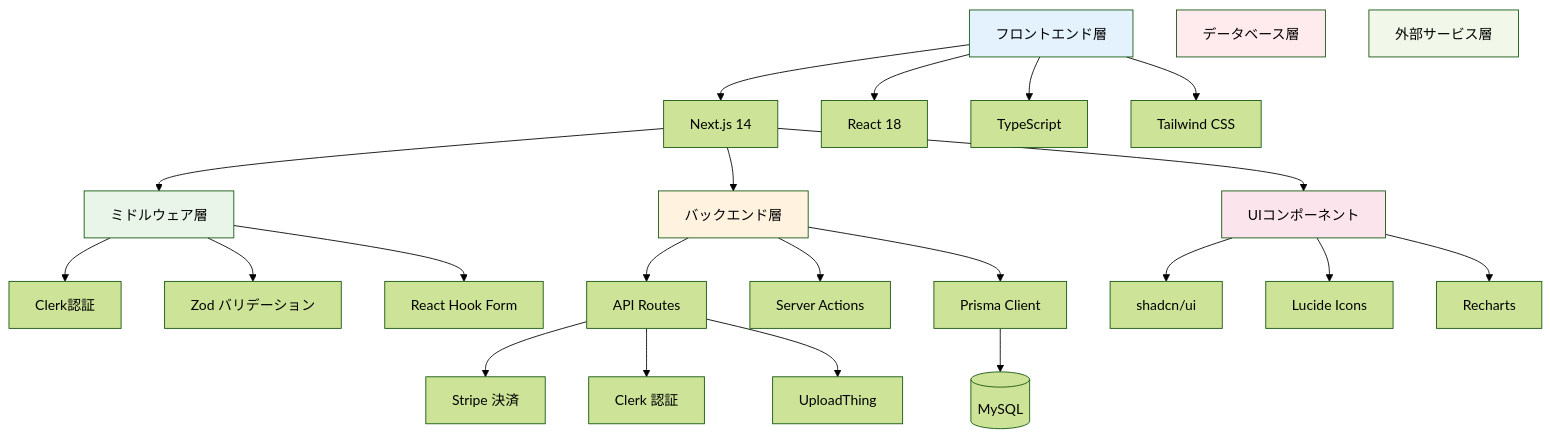
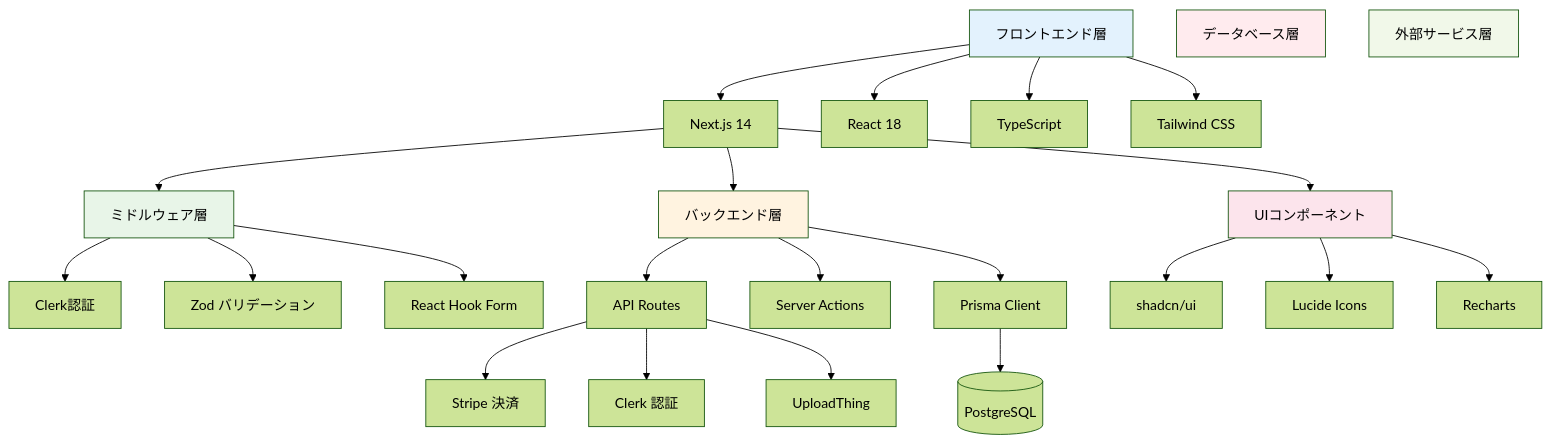
Before and after one commit to myoshi2891/Multi-Vendor-E-Commerce: the fourth of 14 diagrams in README.md, drawn with Mermaid (forest theme). The commit also changed other lines of this file and 11 other files, not shown here.

First line of the commit message:
docs: update all documentation to reflect PostgreSQL migration completion

````diff
--- a/README.md
+++ b/README.md
@@ -243,71 +243,71 @@
 ```mermaid
 graph TB
     %% フロントエンド層
     FE[フロントエンド層]
     NEXTJS[Next.js 14]
     REACT[React 18]
     TS[TypeScript]
     TAILWIND[Tailwind CSS]
     
     %% ミドルウェア層
     MW[ミドルウェア層]
     CLERK_MW[Clerk認証]
     ZOD[Zod バリデーション]
     FORM[React Hook Form]
     
     %% バックエンド層
     BE[バックエンド層]
     API_ROUTES[API Routes]
     SERVER_ACTIONS[Server Actions]
     PRISMA_CLIENT[Prisma Client]
     
     %% データベース層
     DB_LAYER[データベース層]
-    MYSQL[(MySQL)]
+    PGSQL[(PostgreSQL)]
     
     %% 外部サービス層
     EXTERNAL[外部サービス層]
     STRIPE_SERVICE[Stripe 決済]
     CLERK_AUTH[Clerk 認証]
     UPLOADTHING[UploadThing]
     
     %% UI コンポーネント
     UI_COMP[UIコンポーネント]
     SHADCN[shadcn/ui]
     LUCIDE[Lucide Icons]
     RECHARTS[Recharts]
     
     FE --> NEXTJS
     FE --> REACT
     FE --> TS
     FE --> TAILWIND
     
     MW --> CLERK_MW
     MW --> ZOD
     MW --> FORM
     
     BE --> API_ROUTES
     BE --> SERVER_ACTIONS
     BE --> PRISMA_CLIENT
     
     NEXTJS --> MW
     NEXTJS --> BE
     NEXTJS --> UI_COMP
     
     UI_COMP --> SHADCN
     UI_COMP --> LUCIDE
     UI_COMP --> RECHARTS
     
-    PRISMA_CLIENT --> MYSQL
+    PRISMA_CLIENT --> PGSQL
     
     API_ROUTES --> STRIPE_SERVICE
     API_ROUTES --> CLERK_AUTH
     API_ROUTES --> UPLOADTHING
     
     style FE fill:#e3f2fd
     style MW fill:#e8f5e8
     style BE fill:#fff3e0
     style DB_LAYER fill:#ffebee
     style EXTERNAL fill:#f1f8e9
     style UI_COMP fill:#fce4ec
 ```
````
